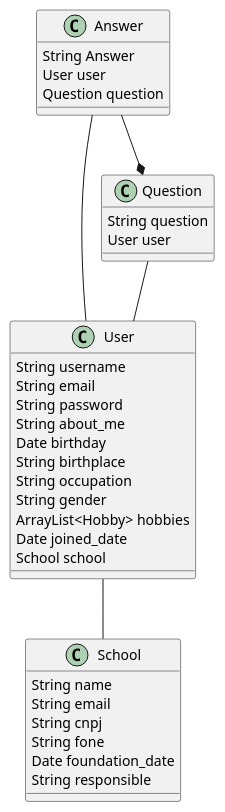
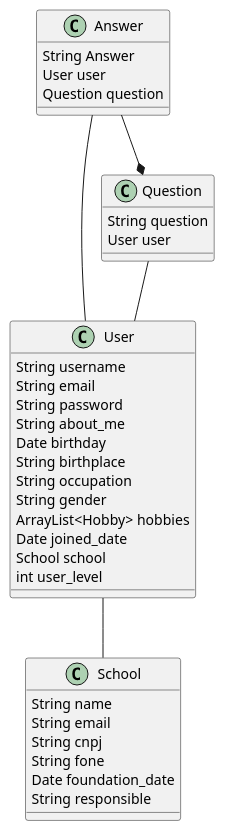
The diagram in .puml (MatheusMagnoCosta/dobiti-frontend), drawn with PlantUML before and after one commit.

Commit message:
update uml diagram

```diff
--- a/.puml
+++ b/.puml
@@ -1,44 +1,45 @@
 @startuml
 'https://plantuml.com/class-diagram
 
 class User{
     String username
     String email
     String password
     String about_me
     Date birthday
     String birthplace
     String occupation
     String gender
     ArrayList<Hobby> hobbies
     Date joined_date
     School school
+    int user_level
 }
 
 class Question{
     String question
     User user
 }
 
 class Answer{
     String Answer
     User user
     Question question
 
 }
 
 class School{
     String name
     String email
     String cnpj
     String fone
     Date foundation_date
     String responsible
 }
 
 
 User -- School
 Question -- User
 Answer --* Question
 Answer -- User
 @enduml
```
